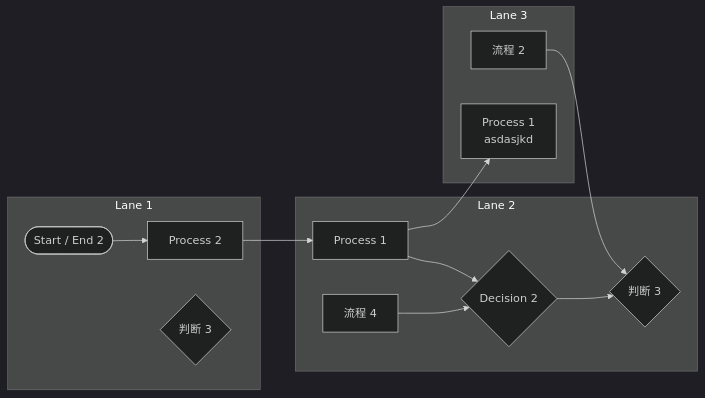
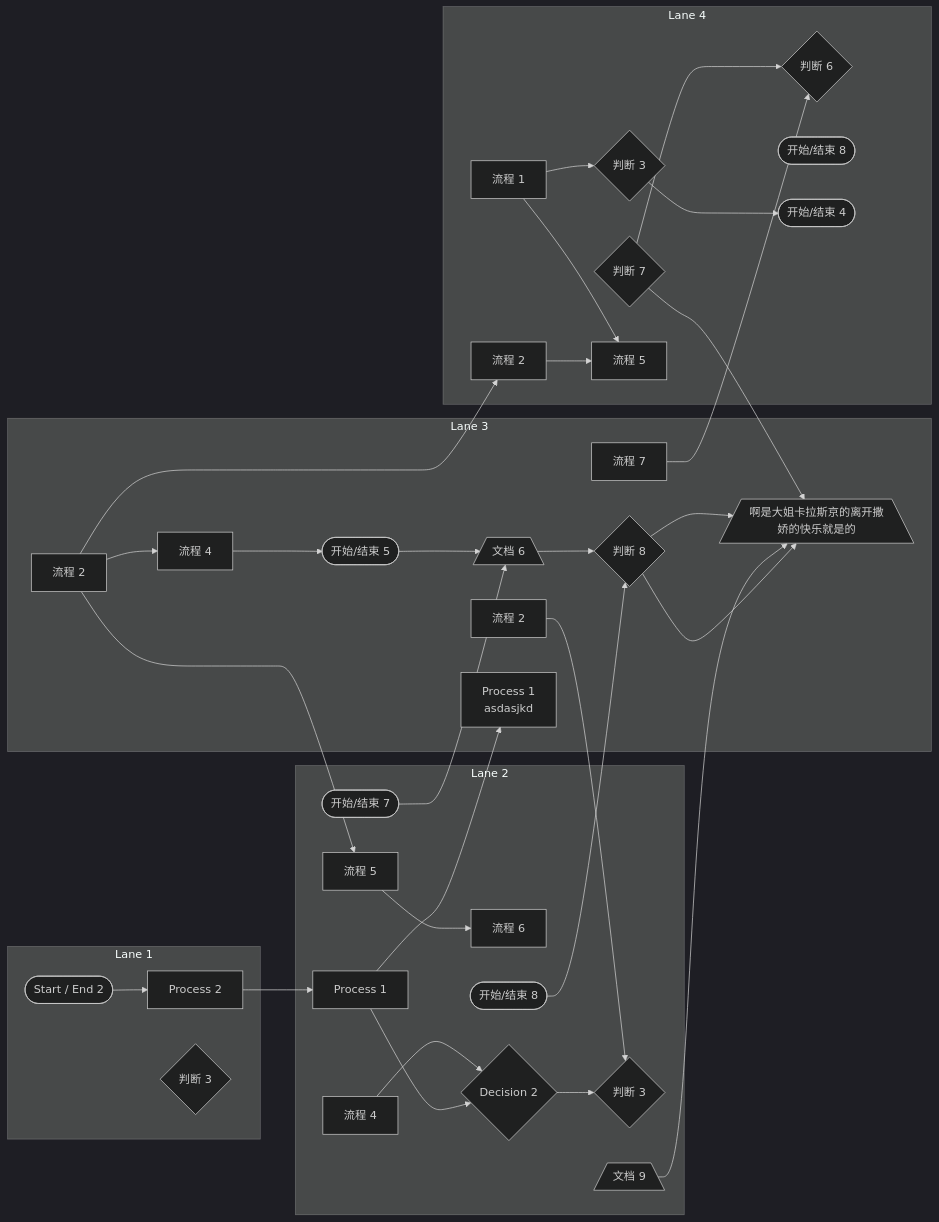
The diagram in mmd/123_9b882ae4-c4df-432b-9e50-9fb05b2c95e5.mmd (pingpm/mermaid_vault), drawn with Mermaid (dark theme) before and after one commit. The commit also changed 2 other files, not shown here.

Commit message:
Sync Mermaid Studio data (14 diagrams)

```diff
--- a/mmd/123_9b882ae4-c4df-432b-9e50-9fb05b2c95e5.mmd
+++ b/mmd/123_9b882ae4-c4df-432b-9e50-9fb05b2c95e5.mmd
@@ -1,25 +1,66 @@
 flowchart LR
   subgraph lane_0["Lane 1"]
     t_0["Process 2"]
     t_1{"判断 3"}
     t_2(["Start / End 2"])
   end
   subgraph lane_1["Lane 2"]
     t_3["流程 4"]
-    t_4{"判断 3"}
-    t_5{"Decision 2"}
+    t_4["流程 6"]
+    t_5["流程 5"]
+    t_6(["开始/结束 7"])
+    t_7{"判断 3"}
+    t_8{"Decision 2"}
     %% [tag:pending] 待确认 | 阿斯顿撒娇看了大姐撒开
-    t_6["Process 1"]
+    t_9["Process 1"]
+    t_10(["开始/结束 8"])
+    t_11[/"文档 9"\]
   end
   subgraph lane_2["Lane 3"]
-    t_7["流程 2"]
-    t_8["Process 1<br/>asdasjkd"]
+    t_12(["开始/结束 5"])
+    t_13["流程 2"]
+    t_14["流程 2"]
+    t_15{"判断 8"}
+    t_16[/"文档 6"\]
+    t_17[/"啊是大姐卡拉斯京的离开撒娇的快乐就是的"\]
+    t_18["流程 4"]
+    t_19["Process 1<br/>asdasjkd"]
     %% [tag:other] 其他 | 2为企鹅12312321
+    t_20["流程 7"]
+  end
+  subgraph lane_3["Lane 4"]
+    t_21["流程 2"]
+    t_22{"判断 7"}
+    t_23["流程 1"]
+    t_24{"判断 3"}
+    t_25{"判断 6"}
+    t_26(["开始/结束 8"])
+    t_27(["开始/结束 4"])
+    t_28["流程 5"]
   end
   t_2 --> t_0
-  t_0 --> t_6
-  t_6 --> t_5
-  t_6 --> t_8
-  t_7 --> t_4
+  t_0 --> t_9
+  t_9 --> t_8
+  t_9 --> t_19
+  t_14 --> t_7
+  t_8 --> t_7
+  t_3 --> t_8
   t_5 --> t_4
-  t_3 --> t_5
+  t_13 --> t_18
+  t_18 --> t_12
+  t_13 --> t_5
+  t_13 --> t_21
+  t_21 --> t_28
+  t_23 --> t_28
+  t_23 --> t_24
+  t_24 --> t_27
+  t_20 --> t_25
+  t_22 --> t_25
+  t_22 --> t_17
+  t_15 --> t_17
+  t_16 --> t_15
+  t_12 --> t_16
+  t_6 --> t_16
+  t_10 --> t_15
+  t_11 --> t_17
+  t_15 --> t_17
```
